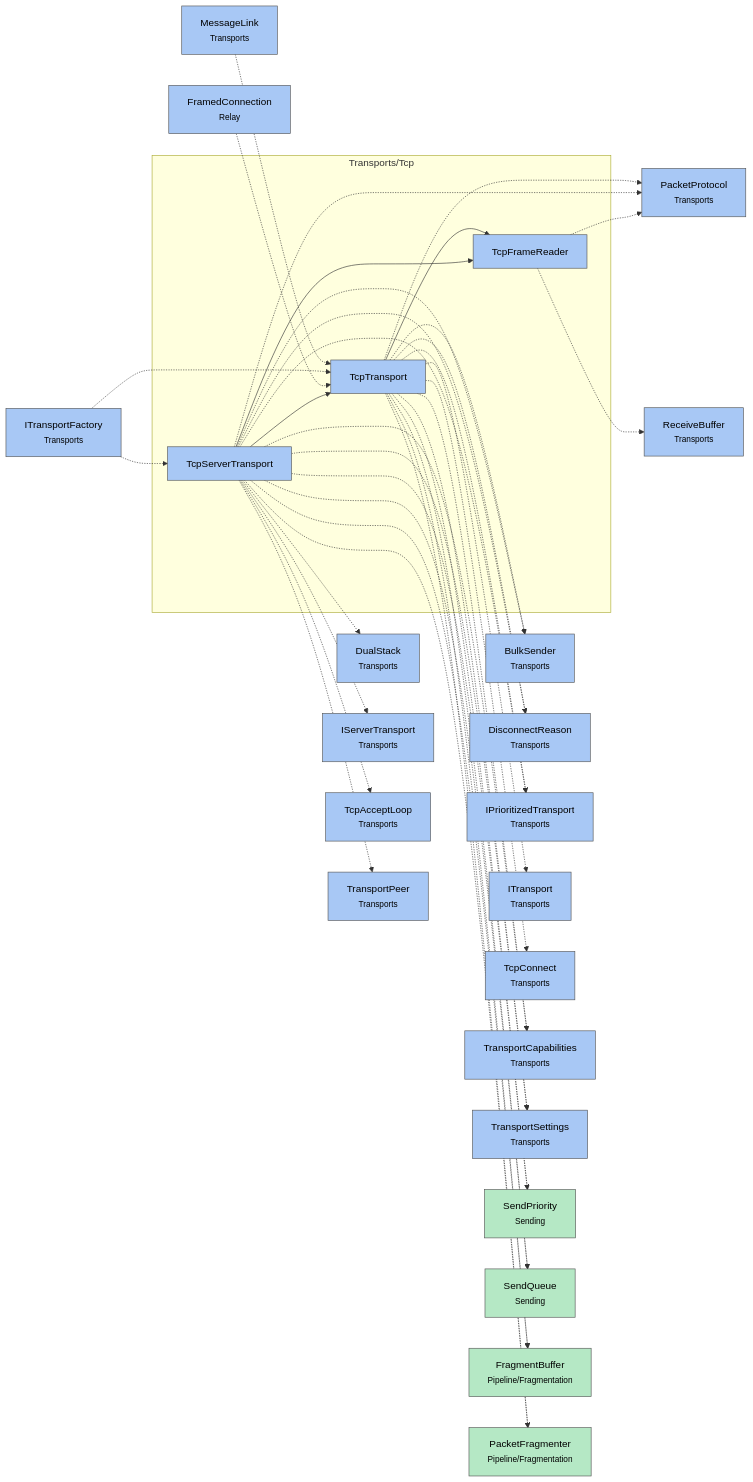
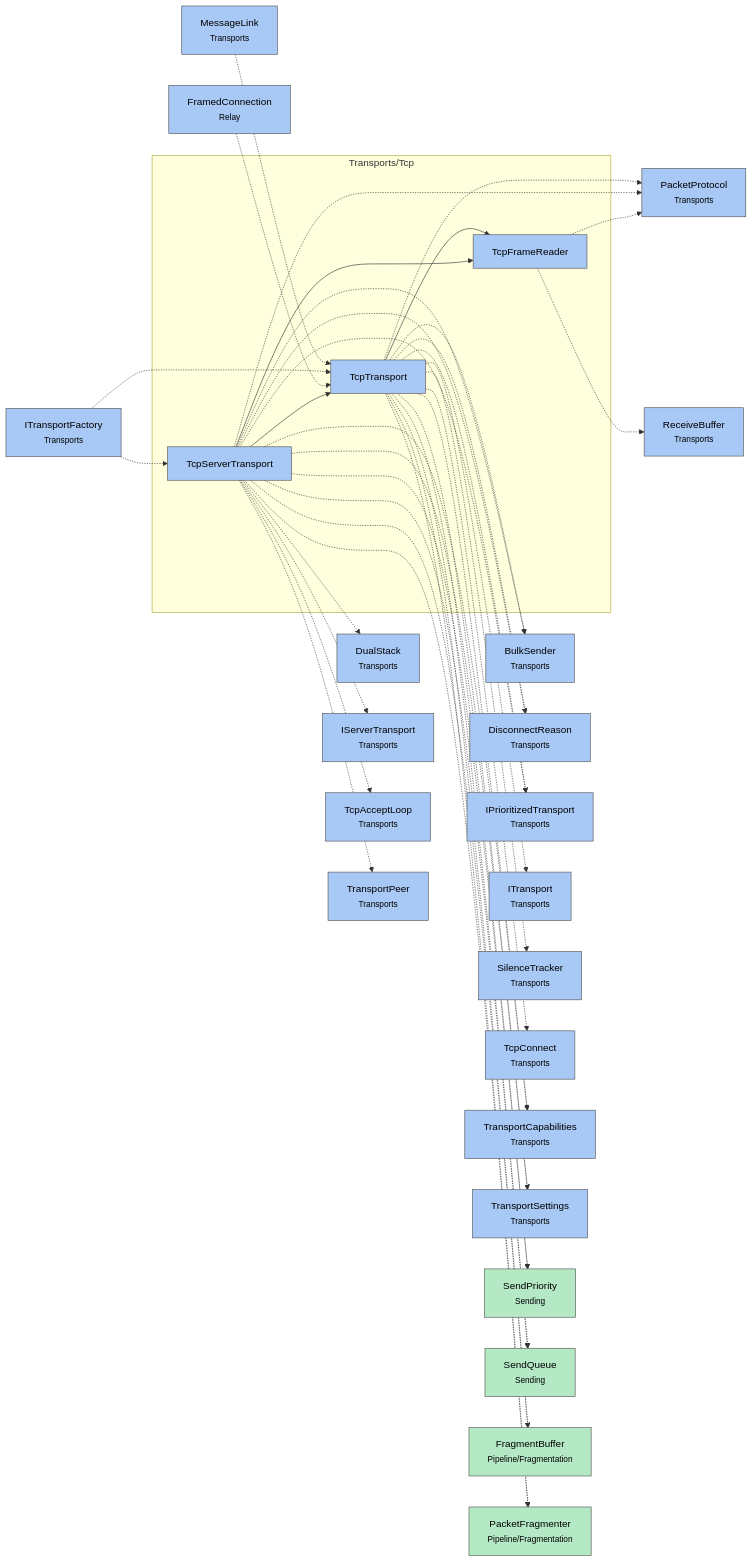
The diagram in docs/4 Diagrams/Modules/Module map Transports Tcp.md (VladislavKresov/NetSync), drawn with Mermaid before and after one commit. The commit also changed other lines of this file and 56 other files, not shown here.

Commit message:
Docs: limitations and roadmap after rc.6 work; regenerated code reference

````diff
--- a/docs/4 Diagrams/Modules/Module map Transports Tcp.md
+++ b/docs/4 Diagrams/Modules/Module map Transports Tcp.md
@@ -11,68 +11,70 @@
 ```mermaid
 flowchart LR
   subgraph f_Transports_Tcp["Transports/Tcp"]
     m_TcpFrameReader["TcpFrameReader"]:::transports
     m_TcpServerTransport["TcpServerTransport"]:::transports
     m_TcpTransport["TcpTransport"]:::transports
   end
   m_BulkSender["BulkSender<br/><small>Transports</small>"]:::transports
   m_DisconnectReason["DisconnectReason<br/><small>Transports</small>"]:::transports
   m_DualStack["DualStack<br/><small>Transports</small>"]:::transports
   m_IPrioritizedTransport["IPrioritizedTransport<br/><small>Transports</small>"]:::transports
   m_IServerTransport["IServerTransport<br/><small>Transports</small>"]:::transports
   m_ITransport["ITransport<br/><small>Transports</small>"]:::transports
   m_ITransportFactory["ITransportFactory<br/><small>Transports</small>"]:::transports
   m_MessageLink["MessageLink<br/><small>Transports</small>"]:::transports
   m_PacketProtocol["PacketProtocol<br/><small>Transports</small>"]:::transports
   m_ReceiveBuffer["ReceiveBuffer<br/><small>Transports</small>"]:::transports
+  m_SilenceTracker["SilenceTracker<br/><small>Transports</small>"]:::transports
   m_TcpAcceptLoop["TcpAcceptLoop<br/><small>Transports</small>"]:::transports
   m_TcpConnect["TcpConnect<br/><small>Transports</small>"]:::transports
   m_TransportCapabilities["TransportCapabilities<br/><small>Transports</small>"]:::transports
   m_TransportPeer["TransportPeer<br/><small>Transports</small>"]:::transports
   m_TransportSettings["TransportSettings<br/><small>Transports</small>"]:::transports
   m_FramedConnection["FramedConnection<br/><small>Relay</small>"]:::transports
   m_SendPriority["SendPriority<br/><small>Sending</small>"]:::infrastructure
   m_SendQueue["SendQueue<br/><small>Sending</small>"]:::infrastructure
   m_FragmentBuffer["FragmentBuffer<br/><small>Pipeline/Fragmentation</small>"]:::infrastructure
   m_PacketFragmenter["PacketFragmenter<br/><small>Pipeline/Fragmentation</small>"]:::infrastructure
   m_TcpFrameReader -.-> m_PacketProtocol
   m_TcpFrameReader -.-> m_ReceiveBuffer
   m_TcpServerTransport -.-> m_BulkSender
   m_TcpServerTransport -.-> m_DisconnectReason
   m_TcpServerTransport -.-> m_DualStack
   m_TcpServerTransport -.-> m_FragmentBuffer
   m_TcpServerTransport -.-> m_IPrioritizedTransport
   m_TcpServerTransport -.-> m_IServerTransport
   m_TcpServerTransport -.-> m_PacketFragmenter
   m_TcpServerTransport -.-> m_PacketProtocol
   m_TcpServerTransport -.-> m_SendPriority
   m_TcpServerTransport -.-> m_SendQueue
   m_TcpServerTransport -.-> m_TcpAcceptLoop
   m_TcpServerTransport --> m_TcpFrameReader
   m_TcpServerTransport --> m_TcpTransport
   m_TcpServerTransport -.-> m_TransportCapabilities
   m_TcpServerTransport -.-> m_TransportPeer
   m_TcpServerTransport -.-> m_TransportSettings
   m_ITransportFactory -.-> m_TcpServerTransport
   m_TcpTransport -.-> m_BulkSender
   m_TcpTransport -.-> m_DisconnectReason
   m_TcpTransport -.-> m_FragmentBuffer
   m_TcpTransport -.-> m_IPrioritizedTransport
   m_TcpTransport -.-> m_ITransport
   m_TcpTransport -.-> m_PacketFragmenter
   m_TcpTransport -.-> m_PacketProtocol
   m_TcpTransport -.-> m_SendPriority
   m_TcpTransport -.-> m_SendQueue
+  m_TcpTransport -.-> m_SilenceTracker
   m_TcpTransport -.-> m_TcpConnect
   m_TcpTransport --> m_TcpFrameReader
   m_TcpTransport -.-> m_TransportCapabilities
   m_TcpTransport -.-> m_TransportSettings
   m_FramedConnection -.-> m_TcpTransport
   m_ITransportFactory -.-> m_TcpTransport
   m_MessageLink -.-> m_TcpTransport
   classDef api fill:#f9d77e,stroke:#555,color:#000
   classDef session fill:#e3b8f0,stroke:#555,color:#000
   classDef transports fill:#a8c8f5,stroke:#555,color:#000
   classDef infrastructure fill:#b5e8c5,stroke:#555,color:#000
   classDef foundation fill:#dddddd,stroke:#555,color:#000
 ```
````
